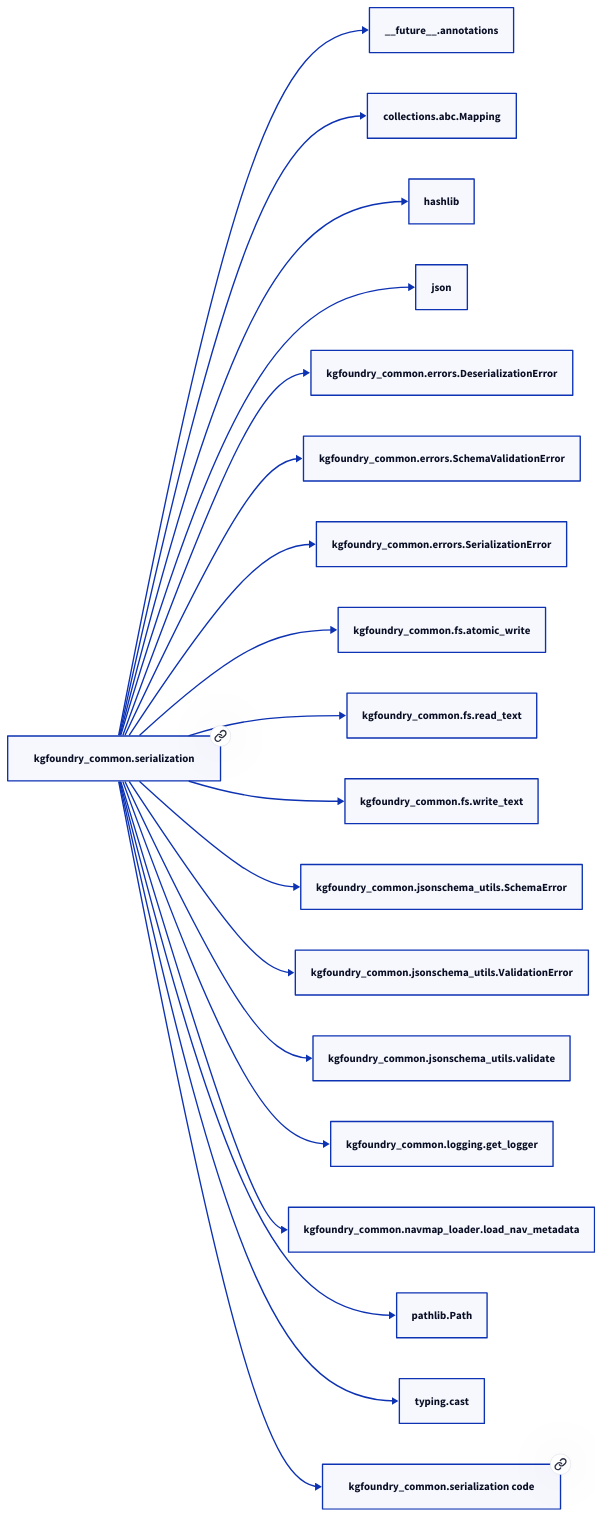
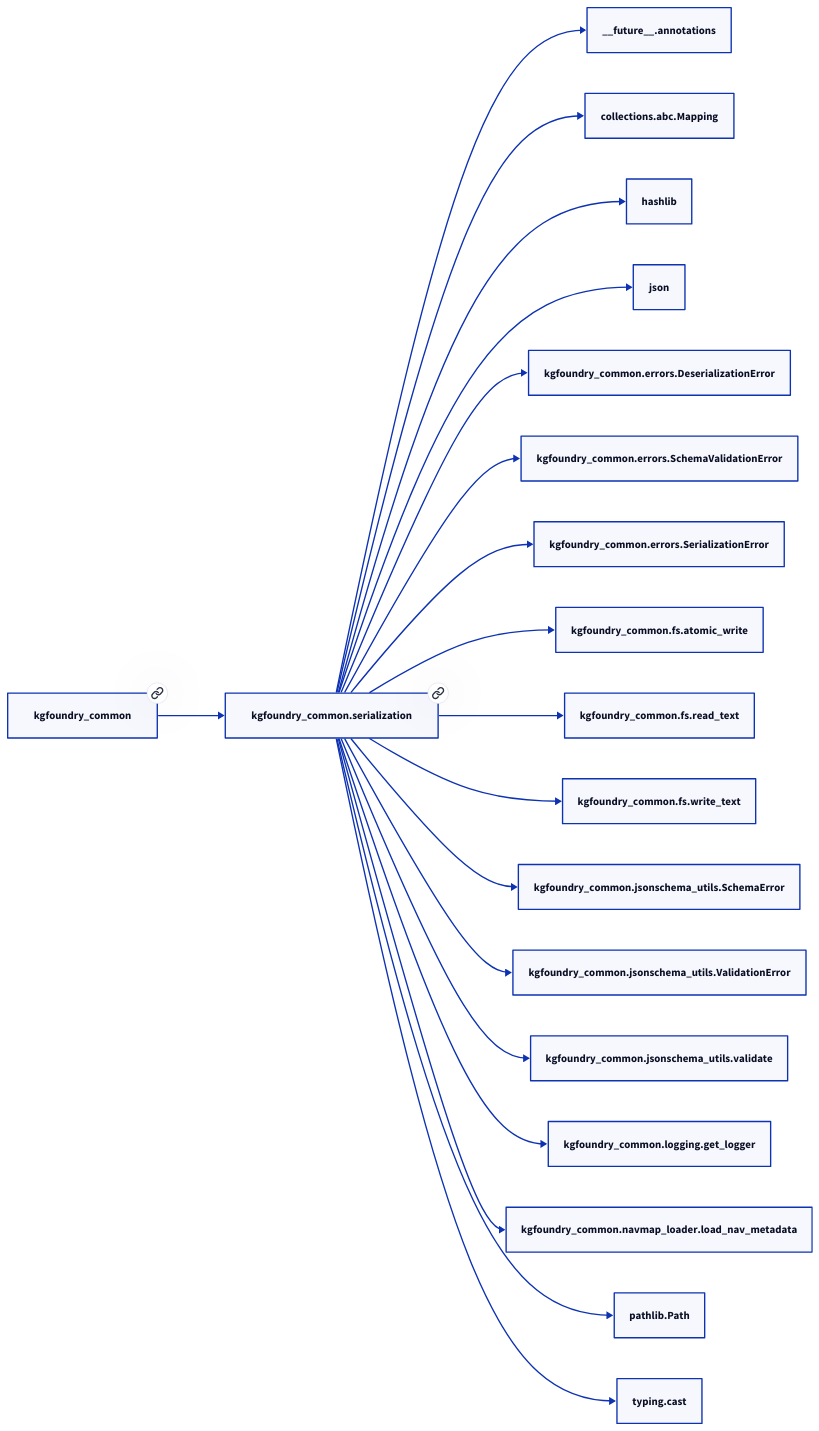
One commit to paul-heyse/kgforge changed the diagram in docs/modules/kgfoundry_common/serialization.md. Above: the diagram before and after it, drawn with D2. The commit also changed other lines of this file and 208 other files, not shown here.

````diff
--- a/docs/modules/kgfoundry_common/serialization.md
+++ b/docs/modules/kgfoundry_common/serialization.md
@@ -65,40 +69,40 @@
 ```d2
 direction: right
-"kgfoundry_common.serialization": "kgfoundry_common.serialization" { link: "./kgfoundry_common/serialization.md" }
+"kgfoundry_common.serialization": "kgfoundry_common.serialization" { link: "https://github.com/paul-heyse/kgfoundry/blob/main/src/kgfoundry_common/serialization.py" }
 "__future__.annotations": "__future__.annotations"
 "kgfoundry_common.serialization" -> "__future__.annotations"
 "collections.abc.Mapping": "collections.abc.Mapping"
 "kgfoundry_common.serialization" -> "collections.abc.Mapping"
 "hashlib": "hashlib"
 "kgfoundry_common.serialization" -> "hashlib"
 "json": "json"
 "kgfoundry_common.serialization" -> "json"
 "kgfoundry_common.errors.DeserializationError": "kgfoundry_common.errors.DeserializationError"
 "kgfoundry_common.serialization" -> "kgfoundry_common.errors.DeserializationError"
 "kgfoundry_common.errors.SchemaValidationError": "kgfoundry_common.errors.SchemaValidationError"
 "kgfoundry_common.serialization" -> "kgfoundry_common.errors.SchemaValidationError"
 "kgfoundry_common.errors.SerializationError": "kgfoundry_common.errors.SerializationError"
 "kgfoundry_common.serialization" -> "kgfoundry_common.errors.SerializationError"
 "kgfoundry_common.fs.atomic_write": "kgfoundry_common.fs.atomic_write"
 "kgfoundry_common.serialization" -> "kgfoundry_common.fs.atomic_write"
 "kgfoundry_common.fs.read_text": "kgfoundry_common.fs.read_text"
 "kgfoundry_common.serialization" -> "kgfoundry_common.fs.read_text"
 "kgfoundry_common.fs.write_text": "kgfoundry_common.fs.write_text"
 "kgfoundry_common.serialization" -> "kgfoundry_common.fs.write_text"
 "kgfoundry_common.jsonschema_utils.SchemaError": "kgfoundry_common.jsonschema_utils.SchemaError"
 "kgfoundry_common.serialization" -> "kgfoundry_common.jsonschema_utils.SchemaError"
 "kgfoundry_common.jsonschema_utils.ValidationError": "kgfoundry_common.jsonschema_utils.ValidationError"
 "kgfoundry_common.serialization" -> "kgfoundry_common.jsonschema_utils.ValidationError"
 "kgfoundry_common.jsonschema_utils.validate": "kgfoundry_common.jsonschema_utils.validate"
 "kgfoundry_common.serialization" -> "kgfoundry_common.jsonschema_utils.validate"
 "kgfoundry_common.logging.get_logger": "kgfoundry_common.logging.get_logger"
 "kgfoundry_common.serialization" -> "kgfoundry_common.logging.get_logger"
 "kgfoundry_common.navmap_loader.load_nav_metadata": "kgfoundry_common.navmap_loader.load_nav_metadata"
 "kgfoundry_common.serialization" -> "kgfoundry_common.navmap_loader.load_nav_metadata"
 "pathlib.Path": "pathlib.Path"
 "kgfoundry_common.serialization" -> "pathlib.Path"
 "typing.cast": "typing.cast"
 "kgfoundry_common.serialization" -> "typing.cast"
-"kgfoundry_common.serialization_code": "kgfoundry_common.serialization code" { link: "https://github.com/kgfoundry/kgfoundry/blob/main/src/kgfoundry_common/serialization.py" }
-"kgfoundry_common.serialization" -> "kgfoundry_common.serialization_code" { style: dashed }
+"kgfoundry_common": "kgfoundry_common" { link: "https://github.com/paul-heyse/kgfoundry/blob/main/src/kgfoundry_common/__init__.py" }
+"kgfoundry_common" -> "kgfoundry_common.serialization" { style: dashed }
 ```
````
